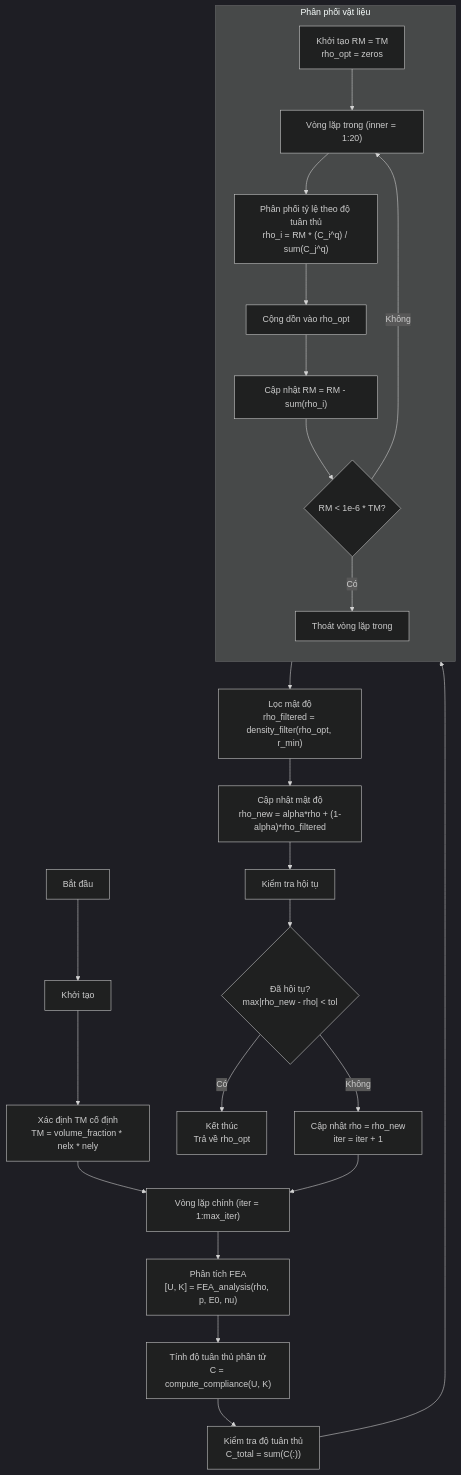
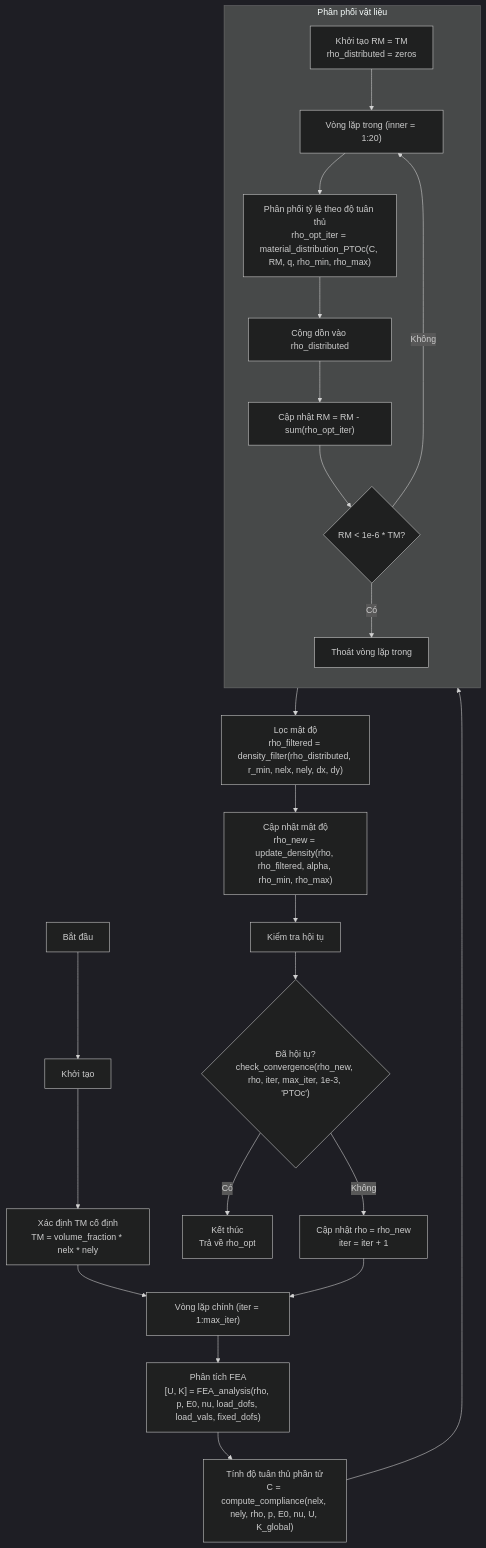
The diagram in docs/docs-ptoc.md (phn1712002/proportional_topology_optimization), drawn with Mermaid (dark theme) before and after one commit. The commit also changed other lines of this file and 1 other file, not shown here.

First line of the commit message:
docs: update PTOc algorithm documentation with improved clarity

````diff
--- a/docs/docs-ptoc.md
+++ b/docs/docs-ptoc.md
@@ -89,37 +89,36 @@
 ```mermaid
 flowchart TD
     Start["Bắt đầu"] --> Init["Khởi tạo"]
     
     Init --> SetupTM["Xác định TM cố định<br/>TM = volume_fraction * nelx * nely"]
     SetupTM --> MainLoop["Vòng lặp chính (iter = 1:max_iter)"]
     
-    MainLoop --> FEA["Phân tích FEA<br/>[U, K] = FEA_analysis(rho, p, E0, nu)"]
-    FEA --> Compliance["Tính độ tuân thủ phần tử<br/>C = compute_compliance(U, K)"]
-    Compliance --> CheckCompliance["Kiểm tra độ tuân thủ<br/>C_total = sum(C(:))"]
+    MainLoop --> FEA["Phân tích FEA<br/>[U, K] = FEA_analysis(rho, p, E0, nu, load_dofs, load_vals, fixed_dofs)"]
+    FEA --> Compliance["Tính độ tuân thủ phần tử<br/>C = compute_compliance(nelx, nely, rho, p, E0, nu, U, K_global)"]
     
-    CheckCompliance --> Distribute
+    Compliance --> Distribute
     
     subgraph Distribute[Phân phối vật liệu]
         direction TB
-        D1["Khởi tạo RM = TM<br/>rho_opt = zeros"]
+        D1["Khởi tạo RM = TM<br/>rho_distributed = zeros"]
         D2["Vòng lặp trong (inner = 1:20)"]
-        D3["Phân phối tỷ lệ theo độ tuân thủ<br/>rho_i = RM * (C_i^q) / sum(C_j^q)"]
-        D4["Cộng dồn vào rho_opt"]
-        D5["Cập nhật RM = RM - sum(rho_i)"]
+        D3["Phân phối tỷ lệ theo độ tuân thủ<br/>rho_opt_iter = material_distribution_PTOc(C, RM, q, rho_min, rho_max)"]
+        D4["Cộng dồn vào rho_distributed"]
+        D5["Cập nhật RM = RM - sum(rho_opt_iter)"]
         D6{"RM < 1e-6 * TM?"}
         D7["Thoát vòng lặp trong"]
         
         D1 --> D2 --> D3 --> D4 --> D5 --> D6
         D6 -- "Có" --> D7
         D6 -- "Không" --> D2
     end
     
-    Distribute --> Filter["Lọc mật độ<br/>rho_filtered = density_filter(rho_opt, r_min)"]
-    Filter --> Update["Cập nhật mật độ<br/>rho_new = alpha*rho + (1-alpha)*rho_filtered"]
+    Distribute --> Filter["Lọc mật độ<br/>rho_filtered = density_filter(rho_distributed, r_min, nelx, nely, dx, dy)"]
+    Filter --> Update["Cập nhật mật độ<br/>rho_new = update_density(rho, rho_filtered, alpha, rho_min, rho_max)"]
     Update --> Convergence["Kiểm tra hội tụ"]
     
-    Convergence --> Converged{"Đã hội tụ?<br/>max|rho_new - rho| < tol"}
+    Convergence --> Converged{"Đã hội tụ?<br/>check_convergence(rho_new, rho, iter, max_iter, 1e-3, 'PTOc')"}
     Converged -- "Có" --> End["Kết thúc<br/>Trả về rho_opt"]
     Converged -- "Không" --> NextIter["Cập nhật rho = rho_new<br/>iter = iter + 1"]
     NextIter --> MainLoop
 ```
````
